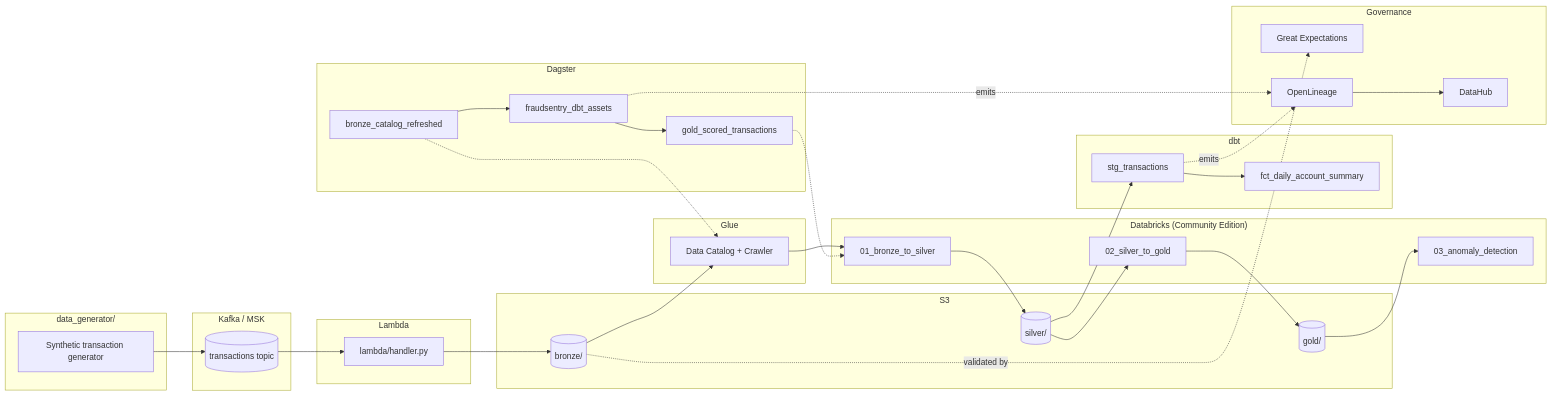
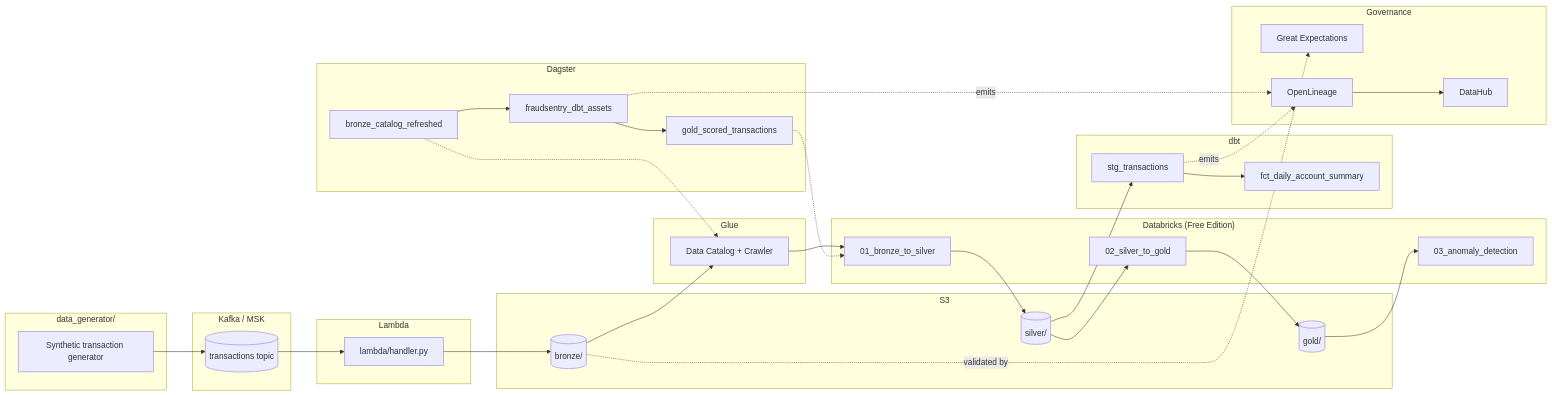
The diagram in docs/architecture.md (Arbiter09/fraudsentry-lakehouse), drawn with Mermaid before and after one commit. The commit also changed other lines of this file and 6 other files, not shown here.

First line of the commit message:
docs: retarget from retired Community Edition to Databricks Free Edition

````diff
--- a/docs/architecture.md
+++ b/docs/architecture.md
@@ -3,60 +3,60 @@
 ```mermaid
 flowchart LR
     subgraph gen["data_generator/"]
         G[Synthetic transaction generator]
     end
 
     subgraph stream["Kafka / MSK"]
         K[("transactions topic")]
     end
 
     subgraph ingest["Lambda"]
         L[lambda/handler.py]
     end
 
     subgraph lake["S3"]
         B[(bronze/)]
         S[(silver/)]
         Gd[(gold/)]
     end
 
     subgraph catalog["Glue"]
         C[Data Catalog + Crawler]
     end
 
-    subgraph dbx["Databricks (Community Edition)"]
+    subgraph dbx["Databricks (Free Edition)"]
         N1[01_bronze_to_silver]
         N2[02_silver_to_gold]
         N3[03_anomaly_detection]
     end
 
     subgraph transform["dbt"]
         T1[stg_transactions]
         T2[fct_daily_account_summary]
     end
 
     subgraph orch["Dagster"]
         O1[bronze_catalog_refreshed]
         O2[fraudsentry_dbt_assets]
         O3[gold_scored_transactions]
     end
 
     subgraph gov["Governance"]
         GE[Great Expectations]
         OL[OpenLineage]
         DH[DataHub]
     end
 
     G --> K --> L --> B
     B --> C
     C --> N1
     N1 --> S --> N2 --> Gd --> N3
     S --> T1 --> T2
     B -.validated by.-> GE
     O1 --> O2 --> O3
     O1 -.-> C
     O3 -.-> N1
     T1 -.emits.-> OL
     O2 -.emits.-> OL
     OL --> DH
 ```
````
